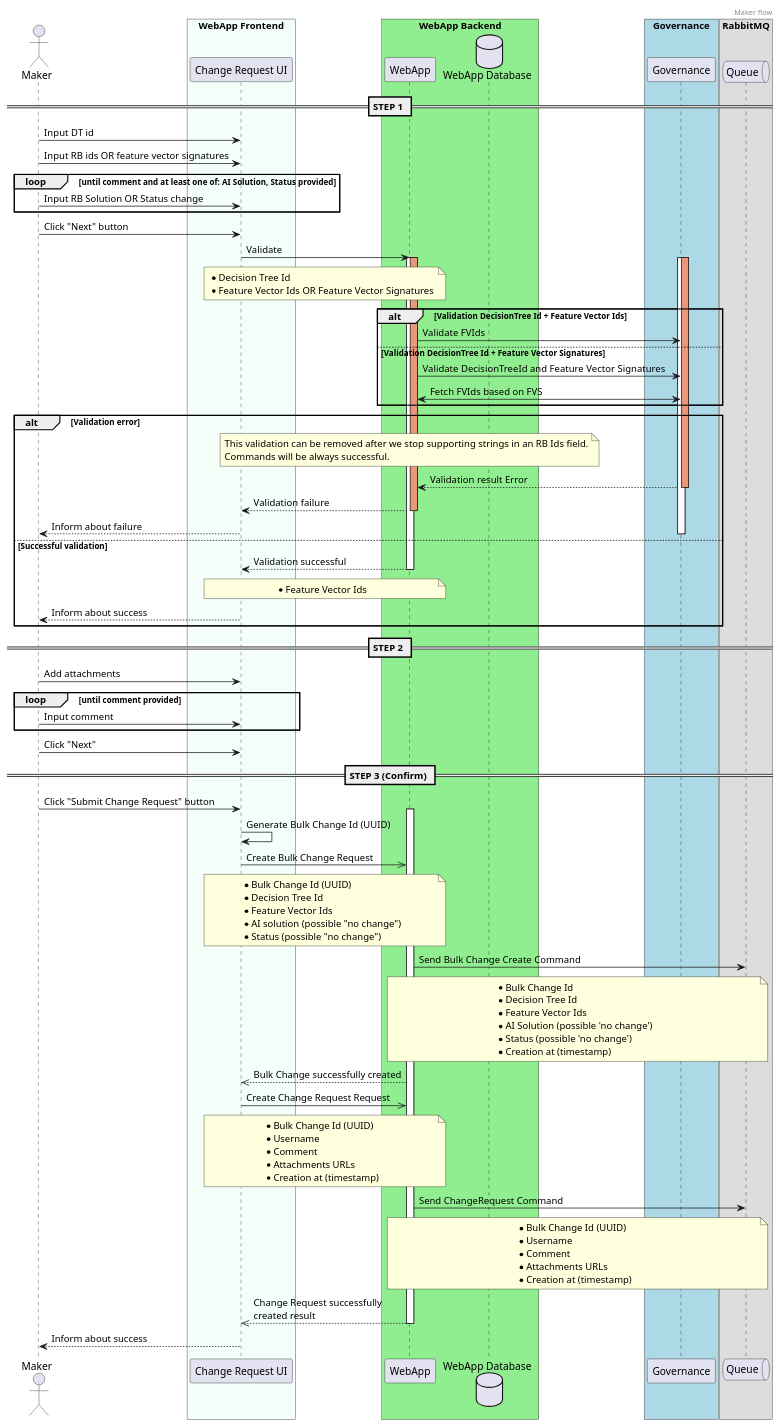
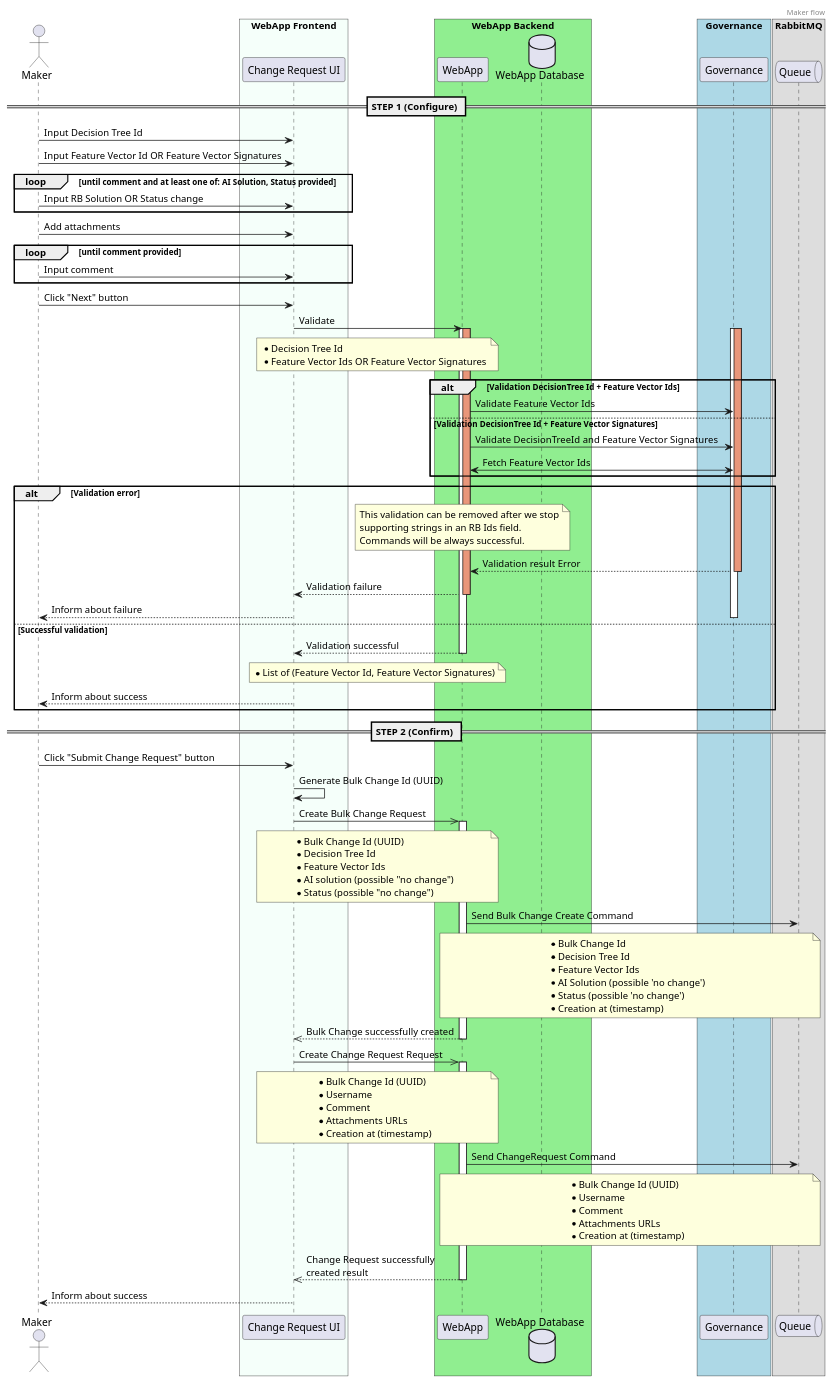
The diagram in modules/webapp/sens-webapp-documentation/src/docs/asciidoc/adrs/diagrams/maker-creates-change-request-queue.puml (ngraczykowski/iris-root), drawn with PlantUML before and after one commit. The commit also changed 4 other files, not shown here.

```diff
--- a/modules/webapp/sens-webapp-documentation/src/docs/asciidoc/adrs/diagrams/maker-creates-change-request-queue.puml
+++ b/modules/webapp/sens-webapp-documentation/src/docs/asciidoc/adrs/diagrams/maker-creates-change-request-queue.puml
@@ -1,135 +1,135 @@
 @startuml
 header Maker flow
 
 actor Maker order 10
 
 box "WebApp Frontend" #MintCream
     participant Frontend as "Change Request UI" order 20
 end box
 
 box "WebApp Backend" #LightGreen
     participant Backend as "WebApp" order 30
     database WebAppDB as "WebApp Database" order 40
 end box
 
 box "Governance" #LightBlue
     participant Governance as "Governance" order 45
 end box
 
 box "RabbitMQ"
     queue Queue order 50
 end box
 
-== STEP 1 ==
+== STEP 1 (Configure) ==
 
-Maker -> Frontend : Input DT id
-Maker -> Frontend : Input RB ids OR feature vector signatures
+Maker -> Frontend : Input Decision Tree Id
+Maker -> Frontend : Input Feature Vector Id OR Feature Vector Signatures
 
 loop until comment and at least one of: AI Solution, Status provided
    Maker -> Frontend : Input RB Solution OR Status change
+end
+
+Maker -> Frontend : Add attachments
+loop until comment provided
+   Maker -> Frontend : Input comment
 end
 
 Maker -> Frontend: Click "Next" button
 
 Frontend -> Backend: Validate
                 note over Frontend, Backend
                     * Decision Tree Id
                     * Feature Vector Ids OR Feature Vector Signatures
                 end note
 
 activate Backend
 activate Backend #DarkSalmon
 
 activate Governance
 activate Governance #DarkSalmon
 
 alt Validation DecisionTree Id + Feature Vector Ids
-    Backend -> Governance : Validate FVIds
+    Backend -> Governance : Validate Feature Vector Ids
 else Validation DecisionTree Id + Feature Vector Signatures
     Backend -> Governance : Validate DecisionTreeId and Feature Vector Signatures
-    Backend <-> Governance : Fetch FVIds based on FVS
+    Backend <-> Governance : Fetch Feature Vector Ids
 end
 
 alt Validation error
         note over Backend
-            This validation can be removed after we stop supporting strings in an RB Ids field.
+            This validation can be removed after we stop
+            supporting strings in an RB Ids field.
             Commands will be always successful.
         end note
     Governance --> Backend : Validation result Error
     deactivate Governance
     Backend --> Frontend: Validation failure
     deactivate Backend
     Frontend --> Maker : Inform about failure
 else Successful validation
     deactivate Governance
     Backend --> Frontend: Validation successful
         note over Backend, Frontend
-            * Feature Vector Ids
+            * List of (Feature Vector Id, Feature Vector Signatures)
         end note
     deactivate Backend
     Frontend --> Maker : Inform about success
 end
 
-== STEP 2 ==
-
-Maker -> Frontend : Add attachments
-loop until comment provided
-   Maker -> Frontend : Input comment
-end
-
-Maker -> Frontend: Click "Next"
-
-== STEP 3 (Confirm) ==
+== STEP 2 (Confirm) ==
 
 Maker -> Frontend: Click "Submit Change Request" button
 
+Frontend -> Frontend : Generate Bulk Change Id (UUID)
+
+Frontend ->> Backend : Create Bulk Change Request
 activate Backend
-Frontend -> Frontend : Generate Bulk Change Id (UUID)
-Frontend ->> Backend : Create Bulk Change Request
 
         note over Frontend, Backend
             * Bulk Change Id (UUID)
             * Decision Tree Id
             * Feature Vector Ids
             * AI solution (possible "no change")
             * Status (possible "no change")
         end note
 
 Backend -> Queue : Send Bulk Change Create Command
         note over Backend, Queue
             * Bulk Change Id
             * Decision Tree Id
             * Feature Vector Ids
             * AI Solution (possible 'no change')
             * Status (possible 'no change')
             * Creation at (timestamp)
         end note
 
 Backend -->> Frontend: Bulk Change successfully created
+deactivate Backend
+
 Frontend ->> Backend : Create Change Request Request
-
+activate Backend
         note over Frontend, Backend
             * Bulk Change Id (UUID)
             * Username
             * Comment
             * Attachments URLs
             * Creation at (timestamp)
         end note
 
 Backend -> Queue : Send ChangeRequest Command
 
         note over Backend, Queue
             * Bulk Change Id (UUID)
             * Username
             * Comment
             * Attachments URLs
             * Creation at (timestamp)
         end note
 
 Backend -->> Frontend: Change Request successfully \ncreated result
 
 deactivate Backend
 
 Frontend --> Maker : Inform about success
 
 @enduml
```
